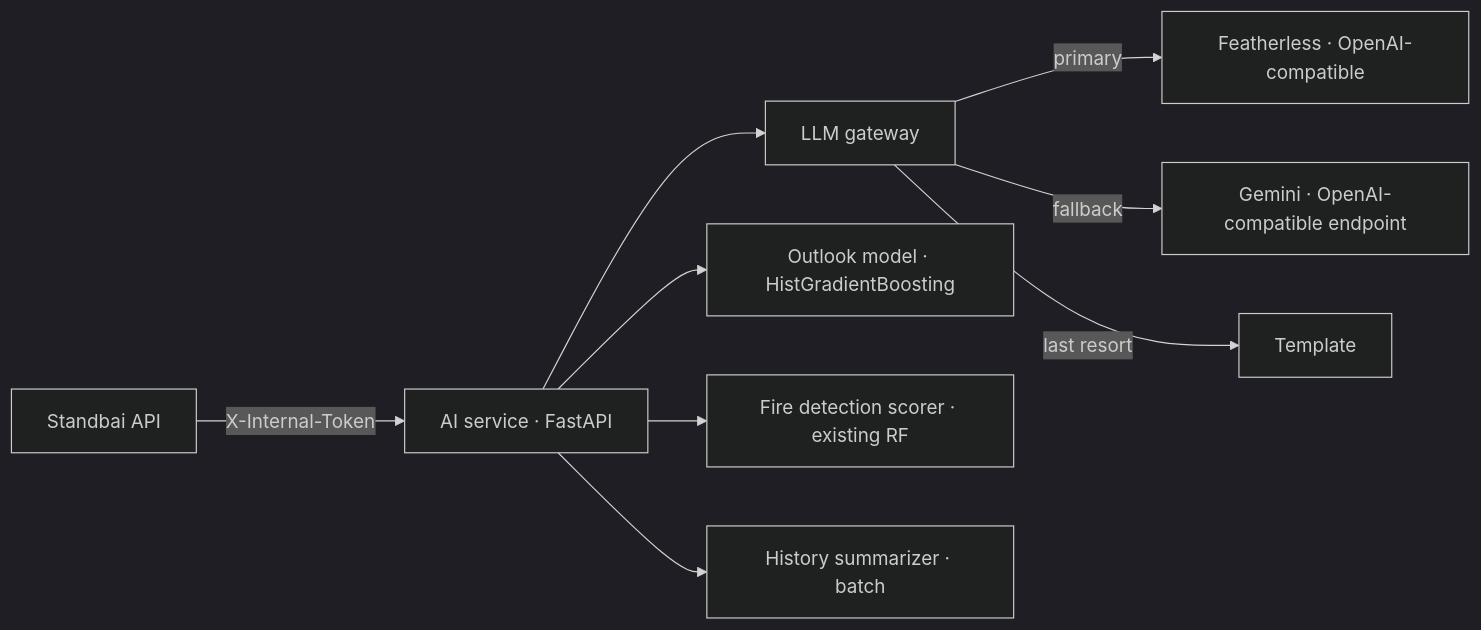
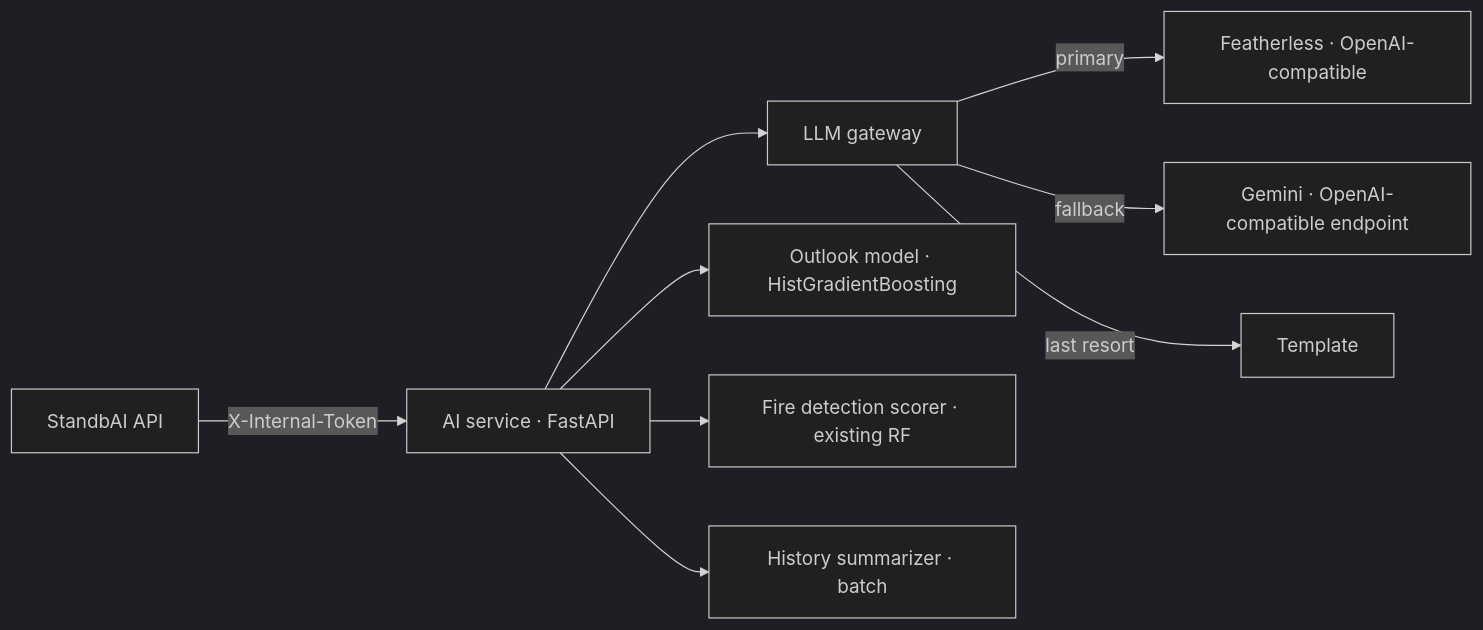
The diagram in PRD.md (ITHACKITS/AI-FORGEHACK-2026), drawn with Mermaid (dark theme) before and after one commit. The commit also changed other lines of this file, not shown here.

````diff
--- a/PRD.md
+++ b/PRD.md
@@ -58,11 +74,11 @@
 ```mermaid
 flowchart LR
-  BE[Standbai API] -->|X-Internal-Token| AI[AI service · FastAPI]
+  BE[StandbAI API] -->|X-Internal-Token| AI[AI service · FastAPI]
   AI --> GW[LLM gateway]
   GW -->|primary| FL[Featherless · OpenAI-compatible]
   GW -->|fallback| GM[Gemini · OpenAI-compatible endpoint]
   GW -->|last resort| TP[Template]
   AI --> OUT[Outlook model · HistGradientBoosting]
   AI --> CLS[Fire detection scorer · existing RF]
   AI --> SUM[History summarizer · batch]
 ```
````
